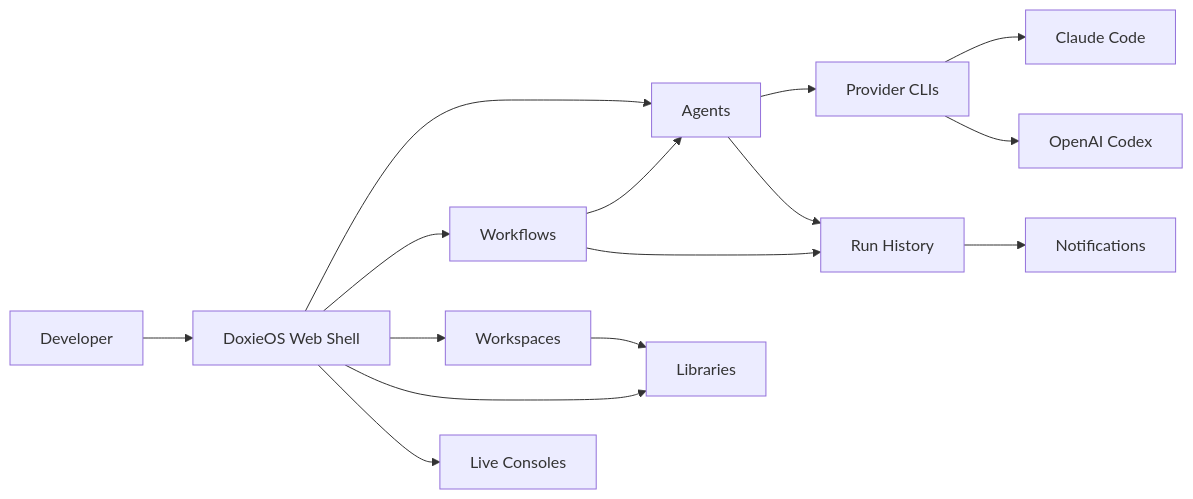
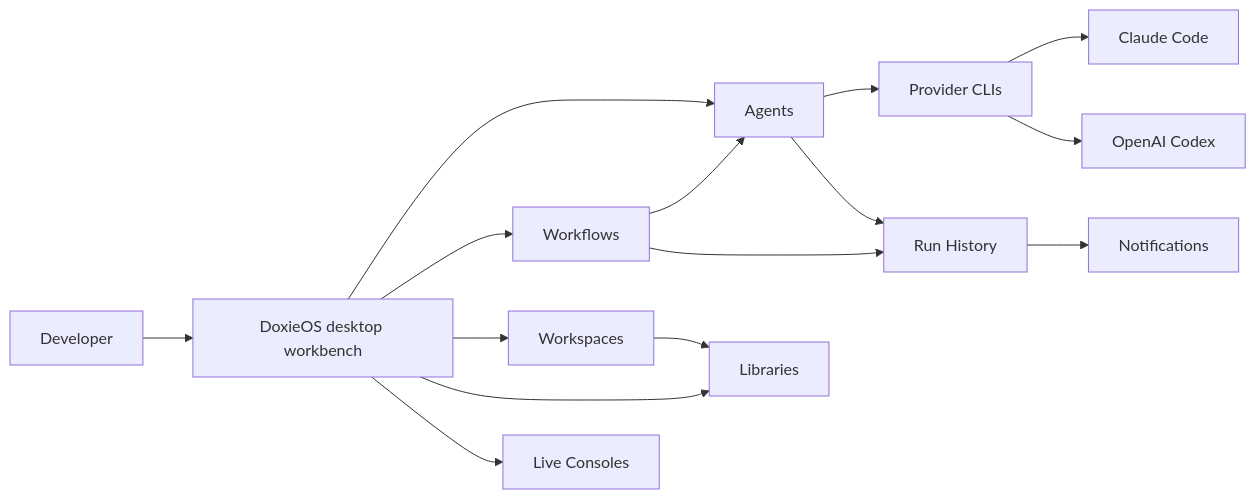
Before and after one commit to viamus/DoxieOS: the diagram in docs/README.md, drawn with Mermaid. The commit also changed other lines of this file and 349 other files, not shown here.

````diff
--- a/docs/README.md
+++ b/docs/README.md
@@ -20,17 +21,17 @@
 ```mermaid
 flowchart LR
-    User["Developer"] --> Shell["DoxieOS Web Shell"]
+    User["Developer"] --> Shell["DoxieOS desktop workbench"]
     Shell --> Agents["Agents"]
     Shell --> Workflows["Workflows"]
     Shell --> Workspaces["Workspaces"]
     Shell --> Libraries["Libraries"]
     Shell --> Consoles["Live Consoles"]
     Agents --> Providers["Provider CLIs"]
     Workflows --> Agents
     Workspaces --> Libraries
     Providers --> Claude["Claude Code"]
     Providers --> Codex["OpenAI Codex"]
     Workflows --> History["Run History"]
     Agents --> History
     History --> Notifications["Notifications"]
 ```
````
